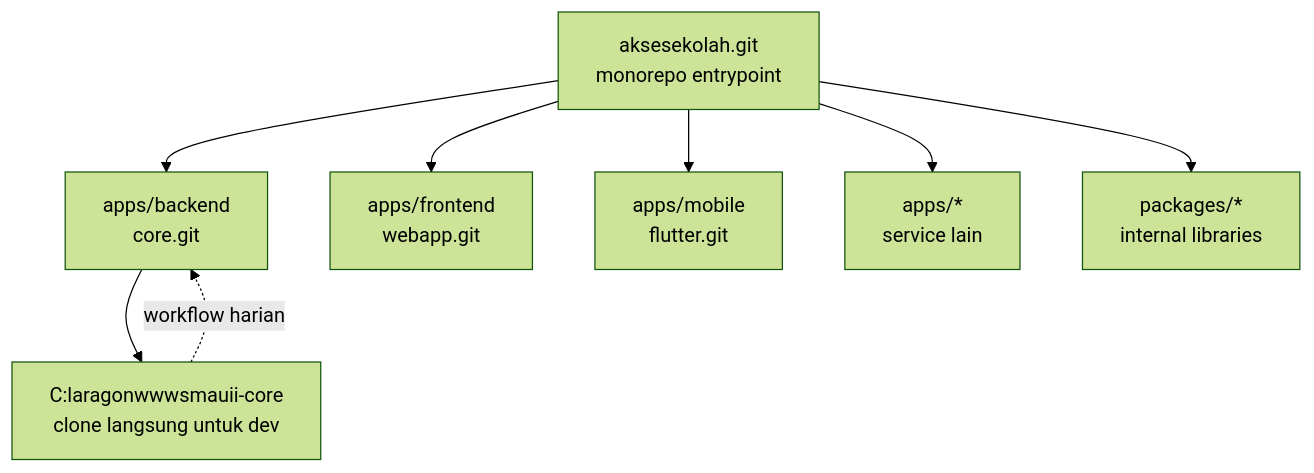
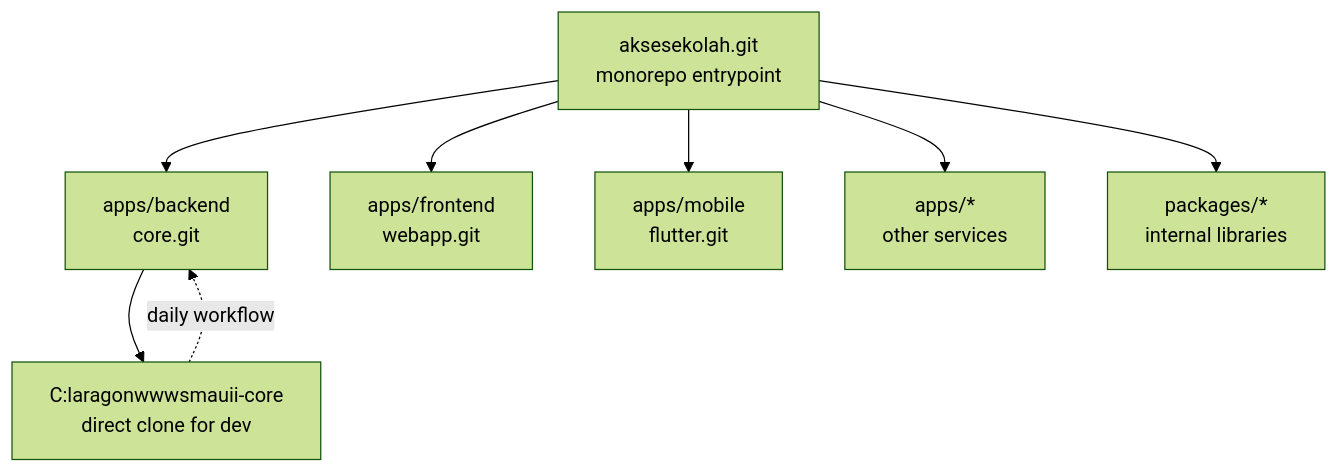
The diagram in docs/01-arsitektur-monorepo.md (SMA-UII-Yogyakarta/aksesekolah), drawn with Mermaid (forest theme) before and after one commit. The commit also changed other lines of this file and 24 other files, not shown here.

````diff
--- a/docs/01-arsitektur-monorepo.md
+++ b/docs/01-arsitektur-monorepo.md
@@ -65,11 +65,11 @@
 ```mermaid
 graph TD
     A[aksesekolah.git<br/>monorepo entrypoint] --> B[apps/backend<br/>core.git]
     A --> C[apps/frontend<br/>webapp.git]
     A --> D[apps/mobile<br/>flutter.git]
-    A --> E[apps/*<br/>service lain]
+    A --> E[apps/*<br/>other services]
     A --> F[packages/*<br/>internal libraries]
 
-    B --> G[C:laragonwwwsmauii-core<br/>clone langsung untuk dev]
-    G -.->|workflow harian| B
+    B --> G[C:laragonwwwsmauii-core<br/>direct clone for dev]
+    G -.->|daily workflow| B
 ```
````
